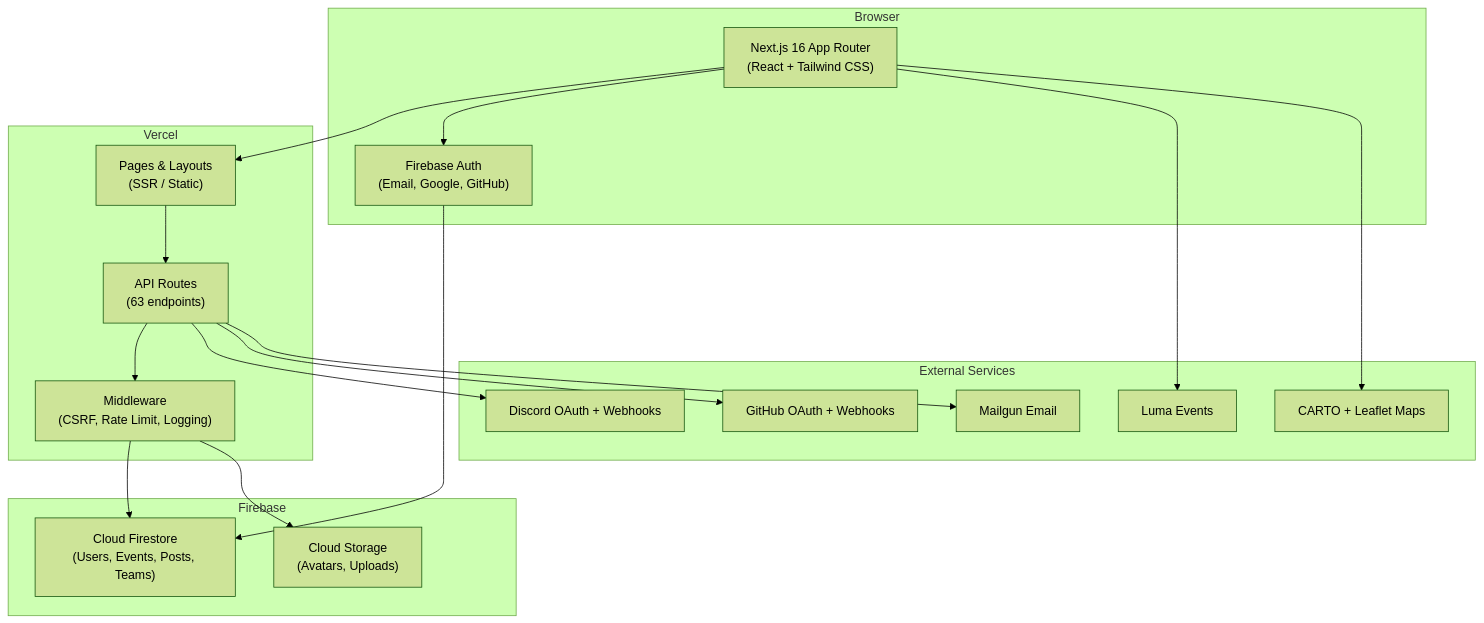
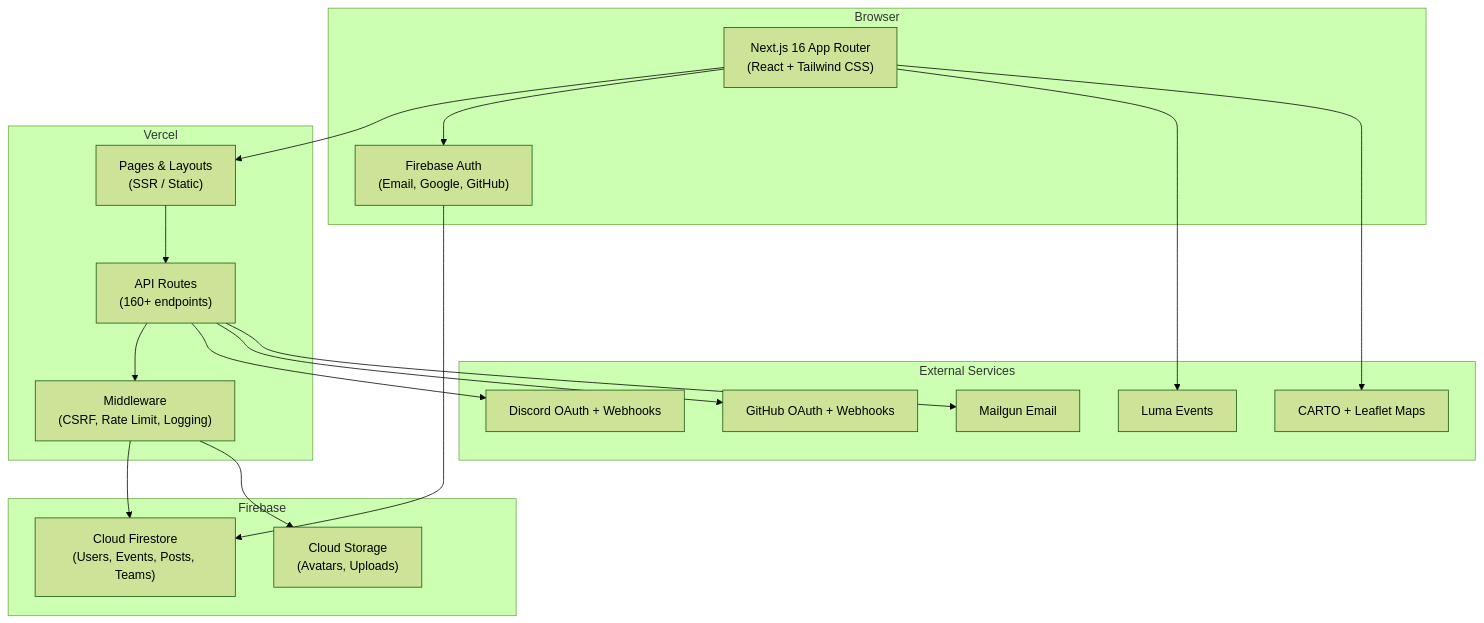
The diagram in README.md (rogerSuperBuilderAlpha/cursor-boston), drawn with Mermaid (forest theme) before and after one commit. The commit also changed other lines of this file and 6 other files, not shown here.

````diff
--- a/README.md
+++ b/README.md
@@ -68,39 +68,39 @@
 ```mermaid
 graph TB
     subgraph Client["Browser"]
         UI["Next.js 16 App Router<br/>(React + Tailwind CSS)"]
         Auth["Firebase Auth<br/>(Email, Google, GitHub)"]
     end
 
     subgraph Vercel["Vercel"]
         Pages["Pages & Layouts<br/>(SSR / Static)"]
-        API["API Routes<br/>(63 endpoints)"]
+        API["API Routes<br/>(160+ endpoints)"]
         MW["Middleware<br/>(CSRF, Rate Limit, Logging)"]
     end
 
     subgraph Firebase["Firebase"]
         Firestore["Cloud Firestore<br/>(Users, Events, Posts, Teams)"]
         Storage["Cloud Storage<br/>(Avatars, Uploads)"]
     end
 
     subgraph External["External Services"]
         Discord["Discord OAuth + Webhooks"]
         GitHub["GitHub OAuth + Webhooks"]
         Luma["Luma Events"]
         Mailgun["Mailgun Email"]
         Leaflet["CARTO + Leaflet Maps"]
     end
 
     UI --> Pages
     UI --> Auth
     Auth --> Firestore
     Pages --> API
     API --> MW
     MW --> Firestore
     MW --> Storage
     API --> Discord
     API --> GitHub
     API --> Mailgun
     UI --> Luma
     UI --> Leaflet
 ```
````
